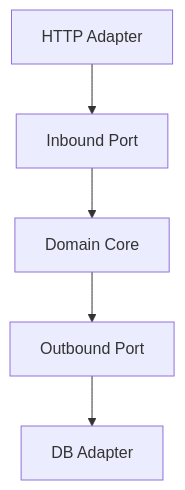
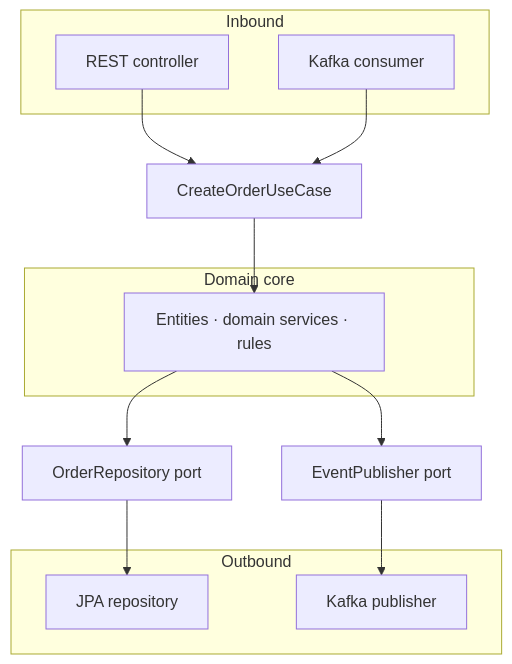
Diagram 15 of 28 in 08-microservices/README.md (hareramcse/SystemDesign), drawn with Mermaid before and after one commit. The commit also changed other lines of this file, not shown here.

````diff
--- a/08-microservices/README.md
+++ b/08-microservices/README.md
@@ -752,7 +1226,21 @@
 ```mermaid
 flowchart TB
-    HTTP[HTTP Adapter] --> InPort[Inbound Port]
-    InPort --> Domain[Domain Core]
-    Domain --> OutPort[Outbound Port]
-    OutPort --> DB[DB Adapter]
+    subgraph inbound [Inbound]
+        REST[REST controller]
+        KIN[Kafka consumer]
+    end
+    subgraph core [Domain core]
+        DOM[Entities · domain services · rules]
+    end
+    subgraph outbound [Outbound]
+        JPA[JPA repository]
+        KOUT[Kafka publisher]
+    end
+    REST --> IP[CreateOrderUseCase]
+    KIN --> IP
+    IP --> DOM
+    DOM --> OP[OrderRepository port]
+    OP --> JPA
+    DOM --> OP2[EventPublisher port]
+    OP2 --> KOUT
 ```
````
